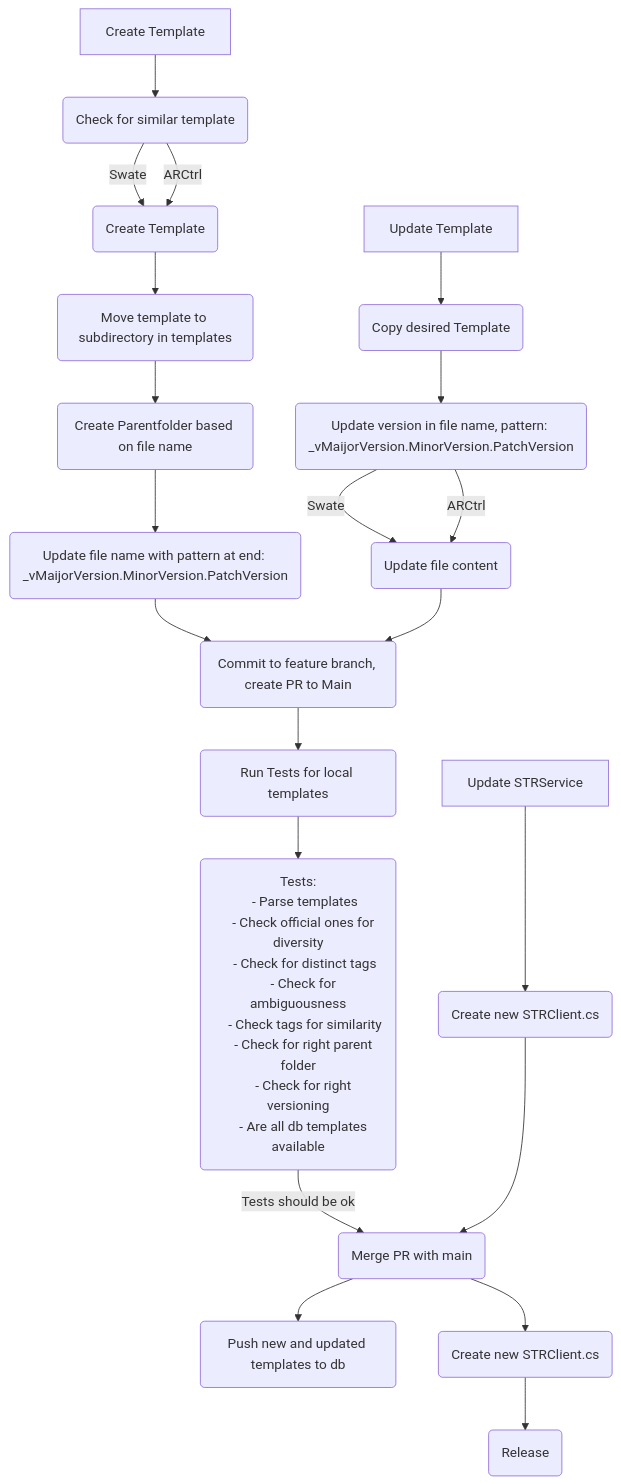
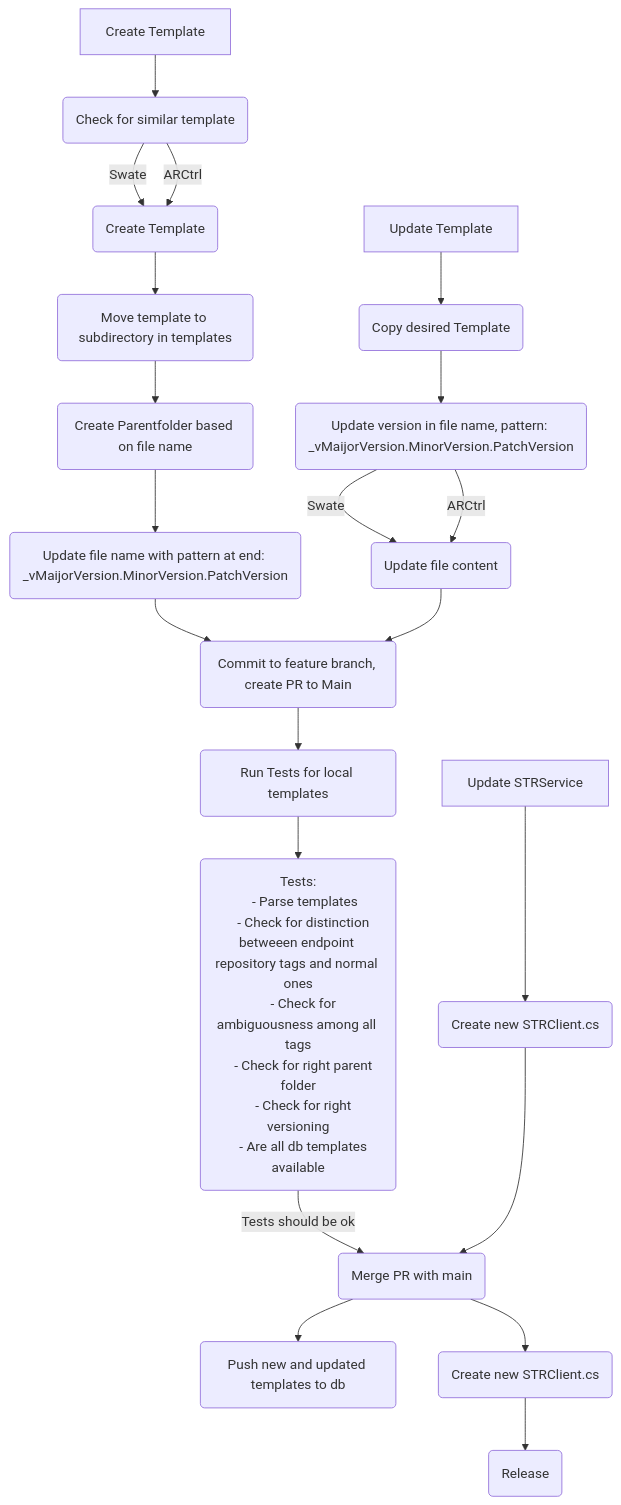
The diagram in src/STRCI/README.md (nfdi4plants/Swate-templates), drawn with Mermaid before and after one commit.

Commit message:
update mermaid worflow depiction

````diff
--- a/src/STRCI/README.md
+++ b/src/STRCI/README.md
@@ -1,32 +1,30 @@
 ```mermaid
     flowchart TD
     A[Create Template] --> B(Check for similar template)
     B --> |Swate| C(Create Template)
     B --> |ARCtrl| C(Create Template)
     C --> D(Move template to subdirectory in templates)
     D --> E(Create Parentfolder based on file name)
     E --> F(Update file name with pattern at end: _vMaijorVersion.MinorVersion.PatchVersion)
     AA[Update Template] --> BB(Copy desired Template)
     BB --> CC(Update version in file name, pattern: _vMaijorVersion.MinorVersion.PatchVersion)
     CC --> |Swate| DD(Update file content)
     CC --> |ARCtrl| DD(Update file content)
     F --> G(Commit to feature branch, create PR to Main)
     DD --> G
     G --> H(Run Tests for local templates)
     H --> I(Tests:
         - Parse templates
-        - Check official ones for diversity
-        - Check for distinct tags
-        - Check for ambiguousness
-        - Check tags for similarity
+        - Check for distinction betweeen endpoint repository tags and normal ones
+        - Check for ambiguousness among all tags
         - Check for right parent folder
         - Check for right versioning
         - Are all db templates available
         )
     I --> |Tests should be ok| J(Merge PR with main)
     J --> K(Push new and updated templates to db)
     AAA[Update STRService] --> BBB(Create new STRClient.cs)
     BBB -->J
     J --> M(Create new STRClient.cs)
     M --> N(Release)
 ```
````
